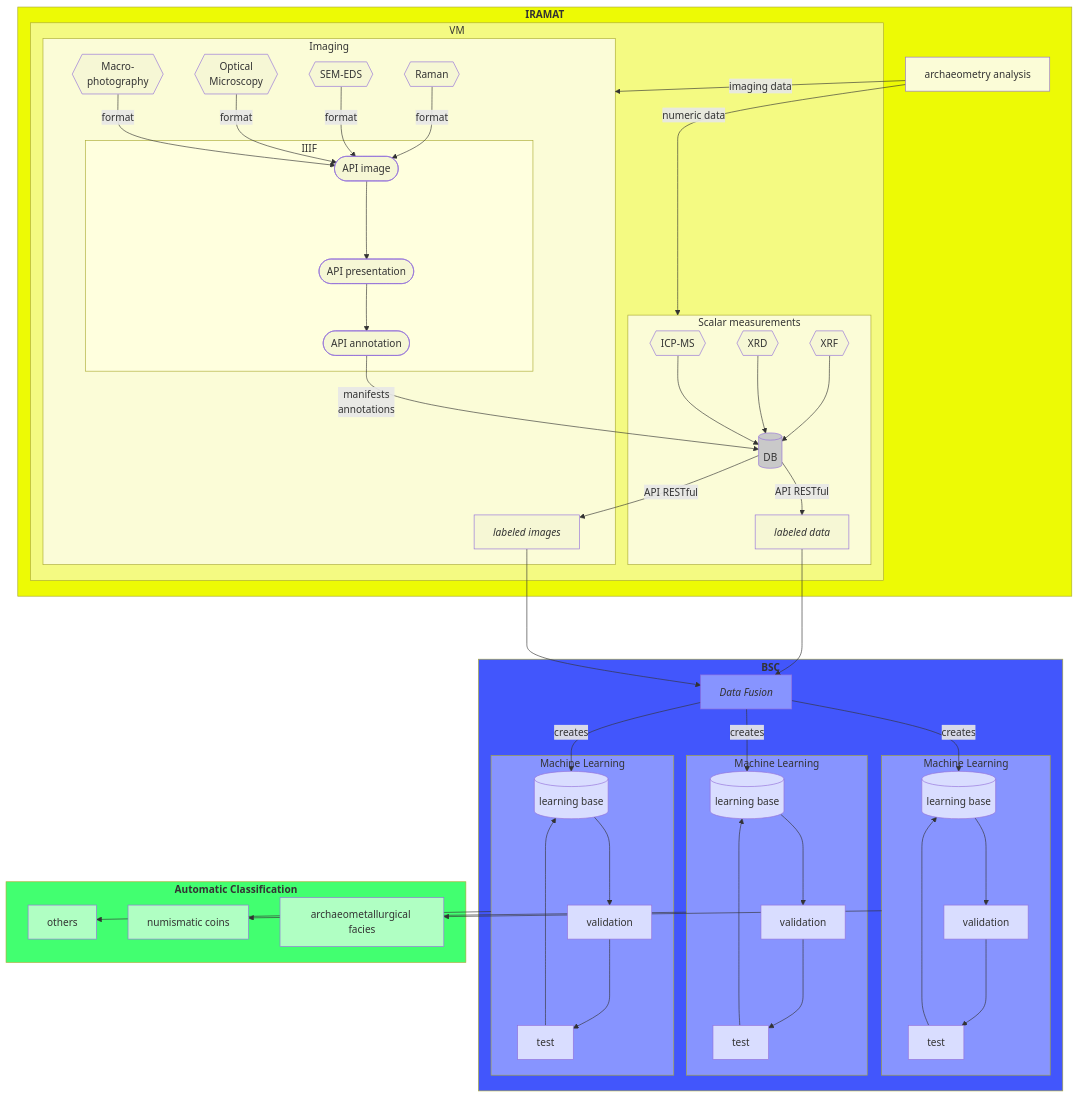
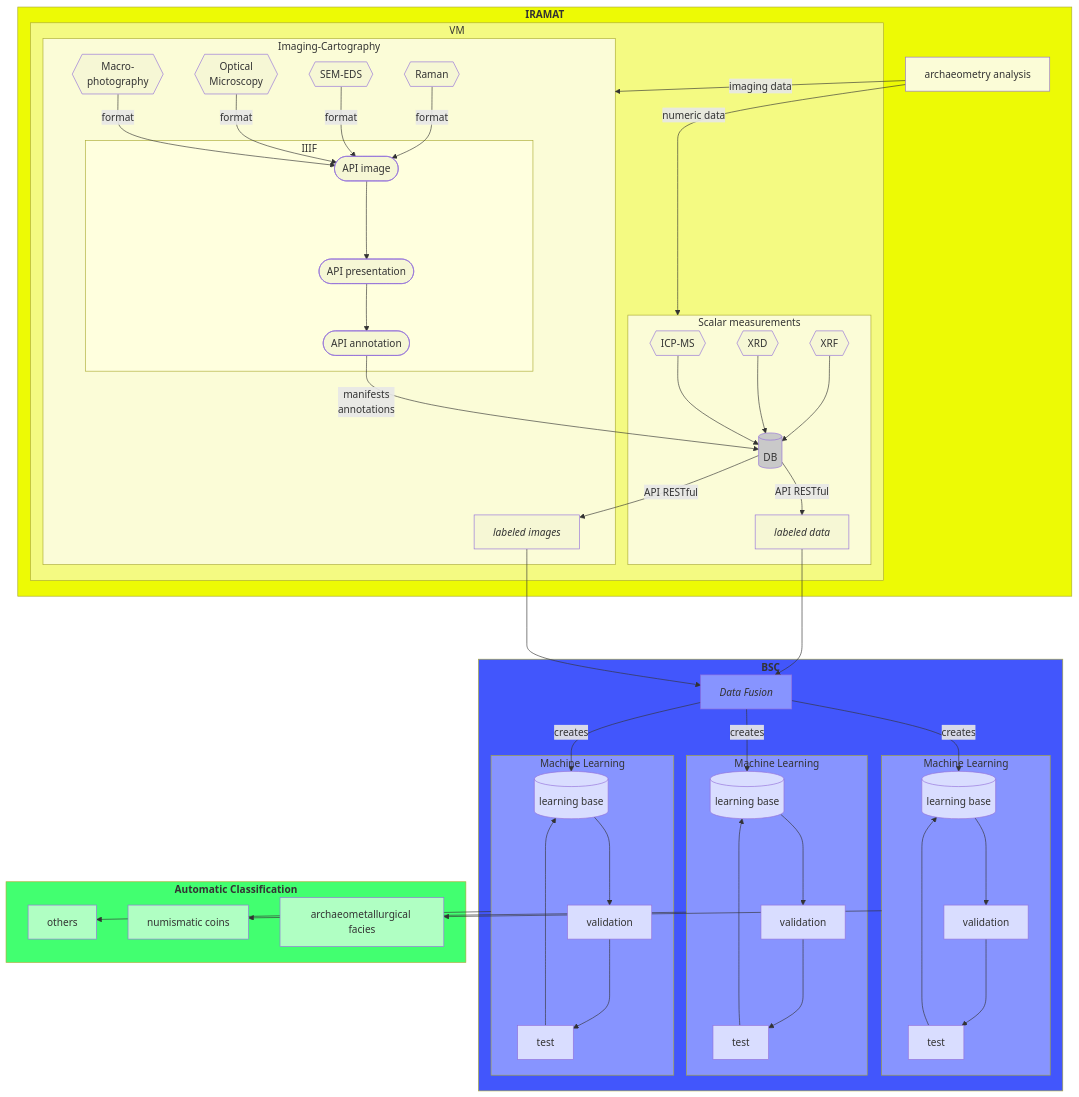
One commit to iramat/iramat-dev changed the diagram in talks/2026-bsc/README.md. Above: the diagram before and after it, drawn with Mermaid.

Commit message:
slight changes

```diff
--- a/talks/2026-bsc/README.md
+++ b/talks/2026-bsc/README.md
@@ -18,7 +18,7 @@
 		ICP --> BD
         BD -- API RESTful --> APIdata[<em>labeled data</em>]
     end
-    subgraph IRAMATimg[Imaging]
+    subgraph IRAMATimg[Imaging-Cartography]
         Macro{{Macro-<br>photography}} -- format --> IIIFimg([API image])
         Opt{{Optical<br>Microscopy}} -- format --> IIIFimg
         SEM{{SEM-EDS}} -- format --> IIIFimg
```
